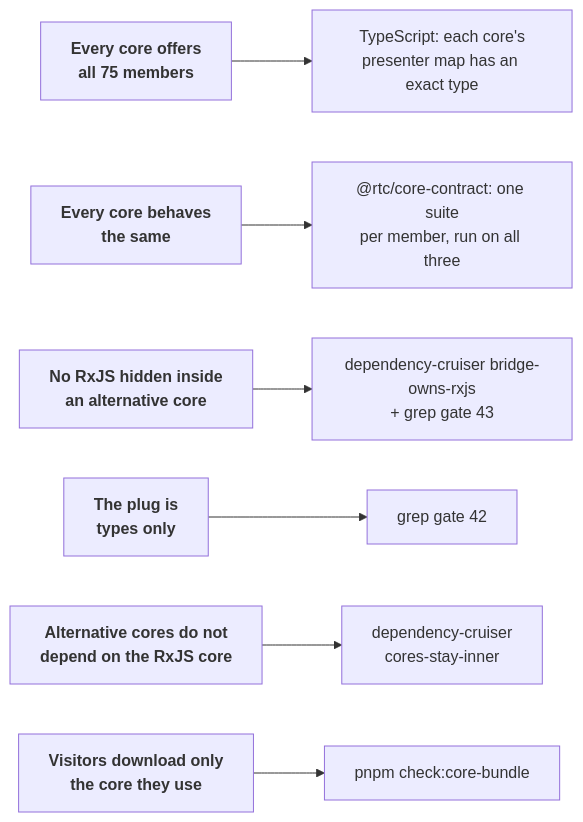
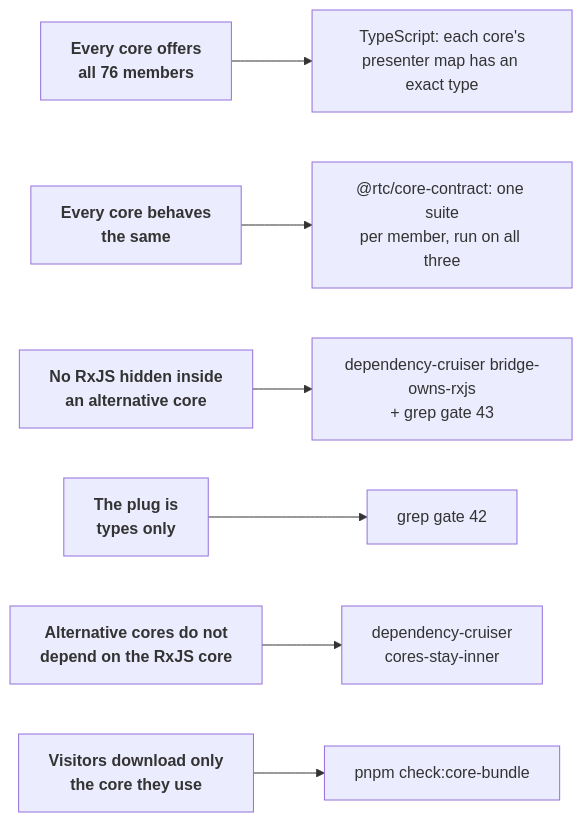
Diagram 13 of 17 in docs/architecture/23-application-cores-explained.md (bettersoftware-io/ReactiveTraderCloudClone), drawn with Mermaid before and after one commit. The commit also changed other lines of this file and 9 other files, not shown here.

First line of the commit message:
docs: B2b client flows — how the login screen's account modes work, STATUS, member count 76

````diff
--- a/docs/architecture/23-application-cores-explained.md
+++ b/docs/architecture/23-application-cores-explained.md
@@ -901,9 +901,9 @@
 ```mermaid
 flowchart LR
-  c1["<b>Every core offers<br/>all 75 members</b>"] --> g1["TypeScript: each core's<br/>presenter map has an exact type"]
+  c1["<b>Every core offers<br/>all 76 members</b>"] --> g1["TypeScript: each core's<br/>presenter map has an exact type"]
   c2["<b>Every core behaves<br/>the same</b>"] --> g2["@rtc/core-contract: one suite<br/>per member, run on all three"]
   c3["<b>No RxJS hidden inside<br/>an alternative core</b>"] --> g3["dependency-cruiser bridge-owns-rxjs<br/>+ grep gate 43"]
   c4["<b>The plug is<br/>types only</b>"] --> g4["grep gate 42"]
   c5["<b>Alternative cores do not<br/>depend on the RxJS core</b>"] --> g5["dependency-cruiser<br/>cores-stay-inner"]
   c6["<b>Visitors download only<br/>the core they use</b>"] --> g6["pnpm check:core-bundle"]
 ```
````
